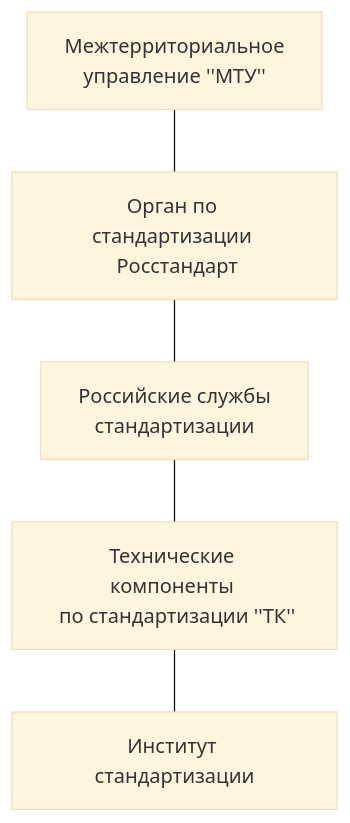
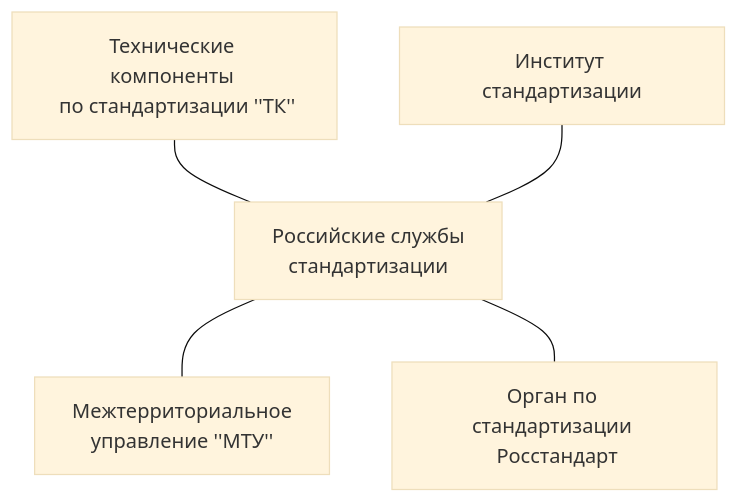
The first of 2 diagrams in Стандартизация, сертификация.md (Blezz-tech/kp11-conspects), drawn with Mermaid (base theme) before and after one commit.

````diff
--- a/Стандартизация, сертификация.md
+++ b/Стандартизация, сертификация.md
@@ -144,15 +144,14 @@
 ```mermaid
 flowchart TD;
 
-    A---B;
-    B---C;
-    C---D;
-    D---E;
-
+    C --- A;
+    C --- B;
+    D --- C;
+    E --- C;
 
     A[Межтерриториальное <br /> управление ''МТУ''];
     B[Орган по стандартизации <br /> Росстандарт];
     C[Российские службы <br /> стандартизации];
     D[Технические компоненты <br /> по стандартизации ''ТК''];
     E[Институт стандартизации];
 ```
````
